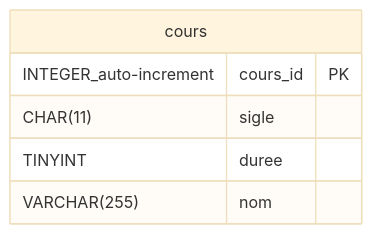
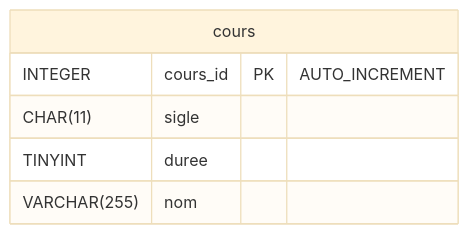
One commit to TousignantSimon-BD1/TousignantSimon-BD1.github.io changed the fourth of 8 diagrams in docs/notes_de_cours/section_1.4.md. Above: the diagram before and after it, drawn with Mermaid (base theme). The commit also changed other lines of this file, not shown here.

Commit message:
ajustement pour auto-increment

````diff
--- a/docs/notes_de_cours/section_1.4.md
+++ b/docs/notes_de_cours/section_1.4.md
@@ -170,9 +170,9 @@
 ``` mermaid
 erDiagram  
     p[cours] {
-        INTEGER_auto-increment cours_id PK
+        INTEGER cours_id PK "AUTO_INCREMENT"
         CHAR(11) sigle
         TINYINT duree
         VARCHAR(255) nom
     }
 ```
````
